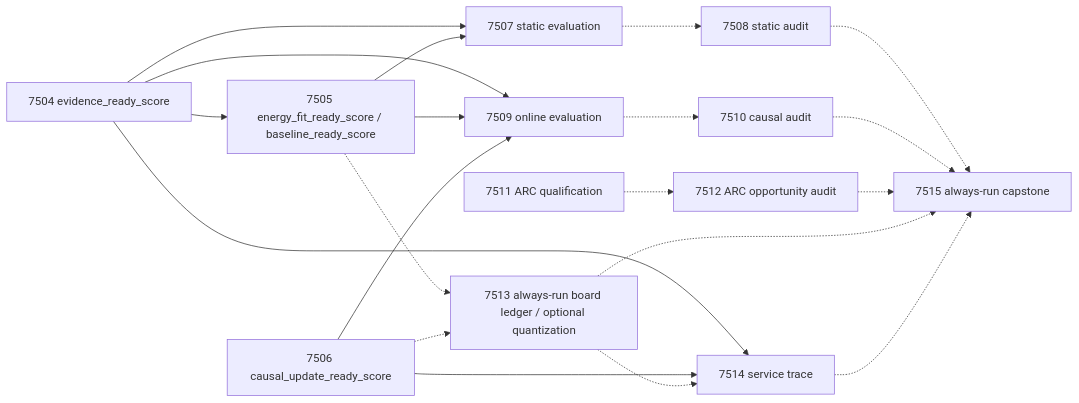
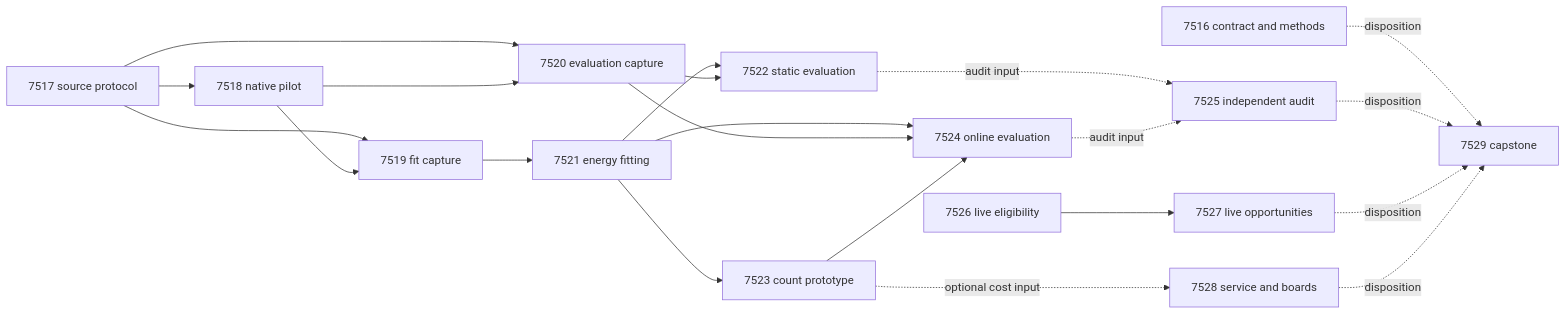
The second of 2 diagrams in openspec/change-proposals/research-roadmap-vNEXT.md (Carnot-EBM/carnot-ebm), drawn with Mermaid before and after one commit. The commit also changed other lines of this file and 17 other files, not shown here.

````diff
--- a/openspec/change-proposals/research-roadmap-vNEXT.md
+++ b/openspec/change-proposals/research-roadmap-vNEXT.md
@@ -330,22 +282,24 @@
 ```mermaid
 flowchart LR
-  e7504[7504 evidence_ready_score] --> e7505[7505 energy_fit_ready_score / baseline_ready_score]
-  e7504 --> e7507[7507 static evaluation]
-  e7505 --> e7507
-  e7504 --> e7509[7509 online evaluation]
-  e7505 --> e7509
-  e7506[7506 causal_update_ready_score] --> e7509
-  e7504 --> e7514[7514 service trace]
-  e7506 --> e7514
-  e7507 -.-> e7508[7508 static audit]
-  e7509 -.-> e7510[7510 causal audit]
-  e7511[7511 ARC qualification] -.-> e7512[7512 ARC opportunity audit]
-  e7505 -.-> e7513[7513 always-run board ledger / optional quantization]
-  e7506 -.-> e7513
-  e7513 -.-> e7514
-  e7508 -.-> e7515[7515 always-run capstone]
-  e7510 -.-> e7515
-  e7512 -.-> e7515
-  e7513 -.-> e7515
-  e7514 -.-> e7515
+  E7516[7516 contract and methods]
+  E7517[7517 source protocol] --> E7518[7518 native pilot]
+  E7517 --> E7519[7519 fit capture]
+  E7517 --> E7520[7520 evaluation capture]
+  E7518 --> E7519
+  E7518 --> E7520
+  E7519 --> E7521[7521 energy fitting]
+  E7521 --> E7522[7522 static evaluation]
+  E7520 --> E7522
+  E7521 --> E7523[7523 count prototype]
+  E7521 --> E7524[7524 online evaluation]
+  E7520 --> E7524
+  E7523 --> E7524
+  E7522 -. audit input .-> E7525[7525 independent audit]
+  E7524 -. audit input .-> E7525
+  E7526[7526 live eligibility] --> E7527[7527 live opportunities]
+  E7523 -. optional cost input .-> E7528[7528 service and boards]
+  E7516 -. disposition .-> E7529[7529 capstone]
+  E7525 -. disposition .-> E7529
+  E7527 -. disposition .-> E7529
+  E7528 -. disposition .-> E7529
 ```
````
